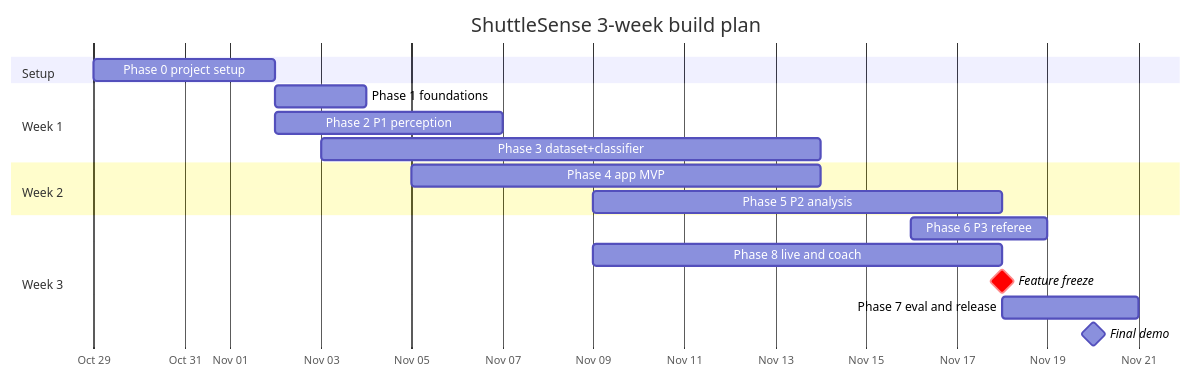
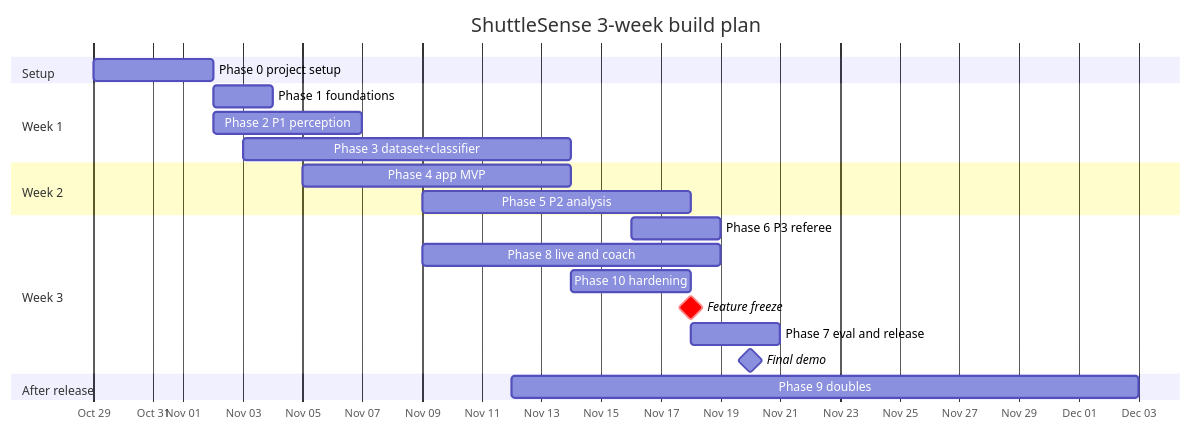
The second of 2 diagrams in docs/PRD.md (Mist10148/ShuttleSense), drawn with Mermaid before and after one commit. The commit also changed other lines of this file and 11 other files, not shown here.

````diff
--- a/docs/PRD.md
+++ b/docs/PRD.md
@@ -308,21 +308,24 @@
 ```mermaid
 gantt
     title ShuttleSense 3-week build plan
     dateFormat YYYY-MM-DD
     axisFormat %b %d
     section Setup
     Phase 0 project setup       :p0, 2026-10-29, 4d
     section Week 1
     Phase 1 foundations         :p1, 2026-11-02, 2d
     Phase 2 P1 perception       :p2, 2026-11-02, 5d
     Phase 3 dataset+classifier  :p3, 2026-11-03, 11d
     section Week 2
     Phase 4 app MVP             :p4, 2026-11-05, 9d
     Phase 5 P2 analysis         :p5, 2026-11-09, 9d
     section Week 3
     Phase 6 P3 referee          :p6, 2026-11-16, 3d
-    Phase 8 live and coach      :p8, 2026-11-09, 9d
+    Phase 8 live and coach      :p8, 2026-11-09, 10d
+    Phase 10 hardening          :p10, 2026-11-14, 4d
     Feature freeze              :milestone, crit, m1, 2026-11-18, 0d
     Phase 7 eval and release    :p7, 2026-11-18, 3d
     Final demo                  :milestone, m2, 2026-11-20, 0d
+    section After release
+    Phase 9 doubles             :p9, 2026-11-12, 21d
 ```
````
